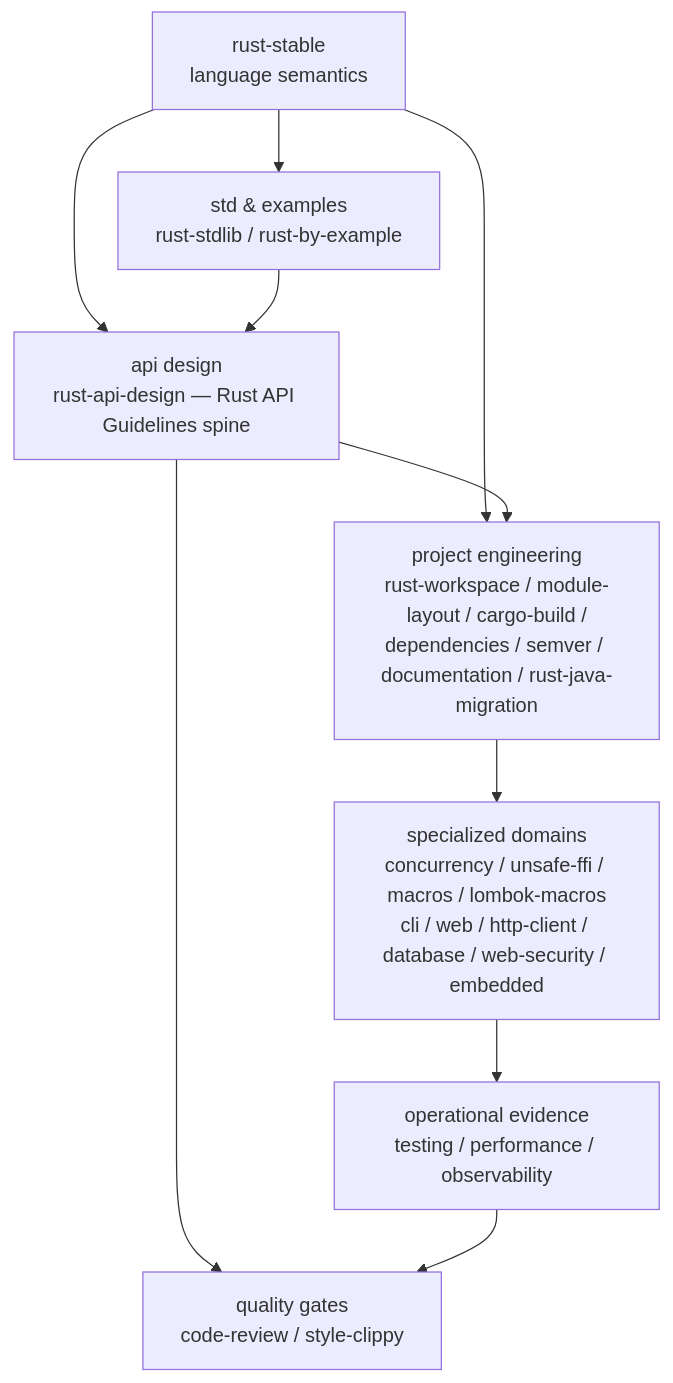
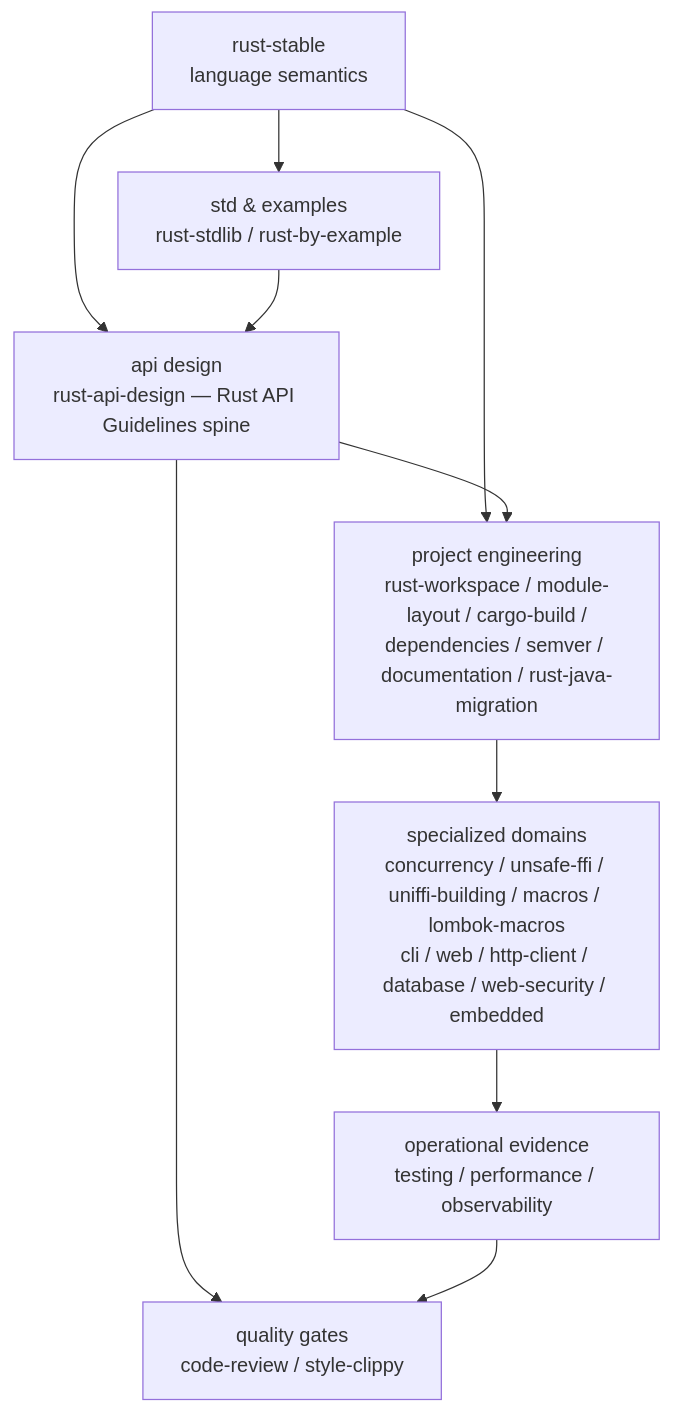
One commit to full-stack-skills/rust-skills changed the diagram in README.md. Above: the diagram before and after it, drawn with Mermaid. The commit also changed other lines of this file and 45 other files, not shown here.

````diff
--- a/README.md
+++ b/README.md
@@ -55,20 +55,20 @@
 ```mermaid
 flowchart TB
     S["rust-stable<br/>language semantics"]
     L["std & examples<br/>rust-stdlib / rust-by-example"]
     A["api design<br/>rust-api-design — Rust API Guidelines spine"]
     P["project engineering<br/>rust-workspace / module-layout / cargo-build /<br/>dependencies / semver / documentation / rust-java-migration"]
-    D["specialized domains<br/>concurrency / unsafe-ffi / macros / lombok-macros<br/>cli / web / http-client / database / web-security / embedded"]
+    D["specialized domains<br/>concurrency / unsafe-ffi / uniffi-building / macros / lombok-macros<br/>cli / web / http-client / database / web-security / embedded"]
     O["operational evidence<br/>testing / performance / observability"]
     Q["quality gates<br/>code-review / style-clippy"]
 
     S --> L
     S --> A
     L --> A
     S --> P
     A --> P
     A --> Q
     P --> D
     D --> O
     O --> Q
 ```
````
